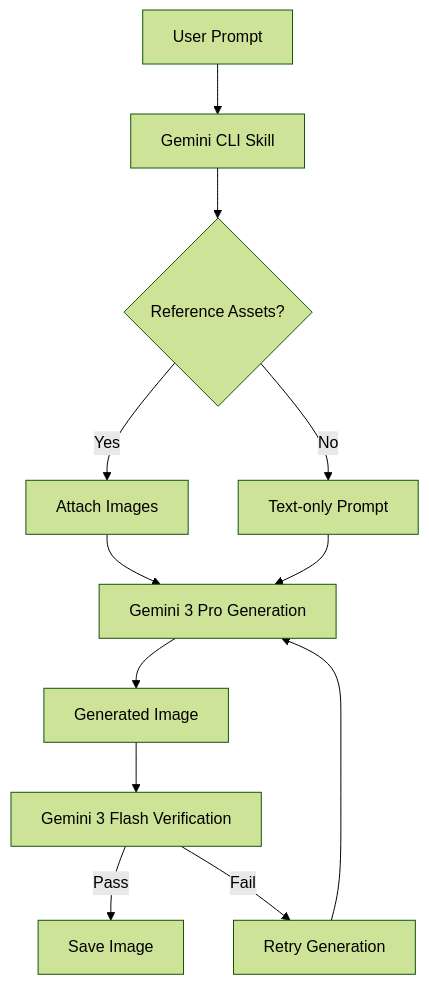
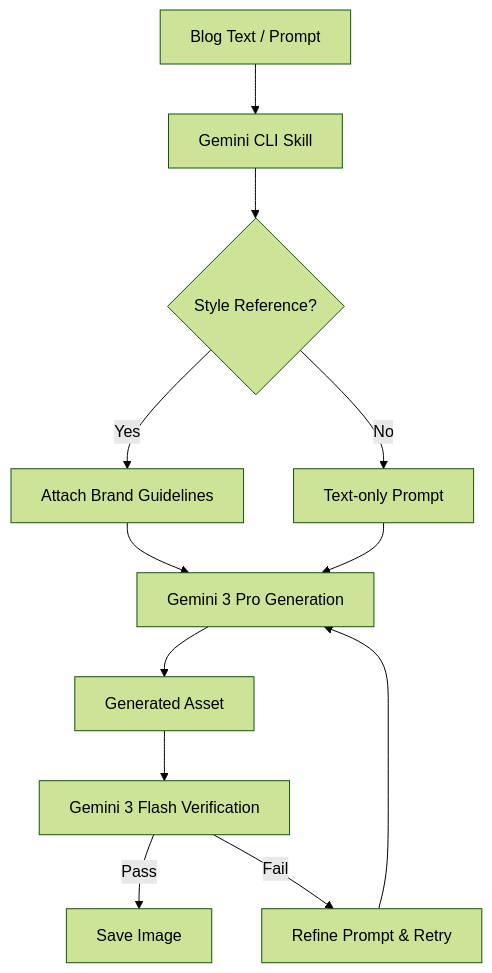
One commit to ksprashu/skills-image-gen-expert changed the diagram in README.md. Above: the diagram before and after it, drawn with Mermaid (forest theme). The commit also changed other lines of this file and 10 other files, not shown here.

Commit message:
Refactor skill for dynamic blog asset generation from scratch

````diff
--- a/README.md
+++ b/README.md
@@ -16,14 +19,14 @@
 ```mermaid
 graph TD
-    A[User Prompt] --> B[Gemini CLI Skill]
-    B --> C{Reference Assets?}
-    C -- Yes --> D[Attach Images]
+    A[Blog Text / Prompt] --> B[Gemini CLI Skill]
+    B --> C{Style Reference?}
+    C -- Yes --> D[Attach Brand Guidelines]
     C -- No --> E[Text-only Prompt]
     D --> F[Gemini 3 Pro Generation]
     E --> F
-    F --> G[Generated Image]
+    F --> G[Generated Asset]
     G --> H[Gemini 3 Flash Verification]
     H -- Pass --> I[Save Image]
-    H -- Fail --> J[Retry Generation]
+    H -- Fail --> J[Refine Prompt & Retry]
     J --> F
 ```
````
